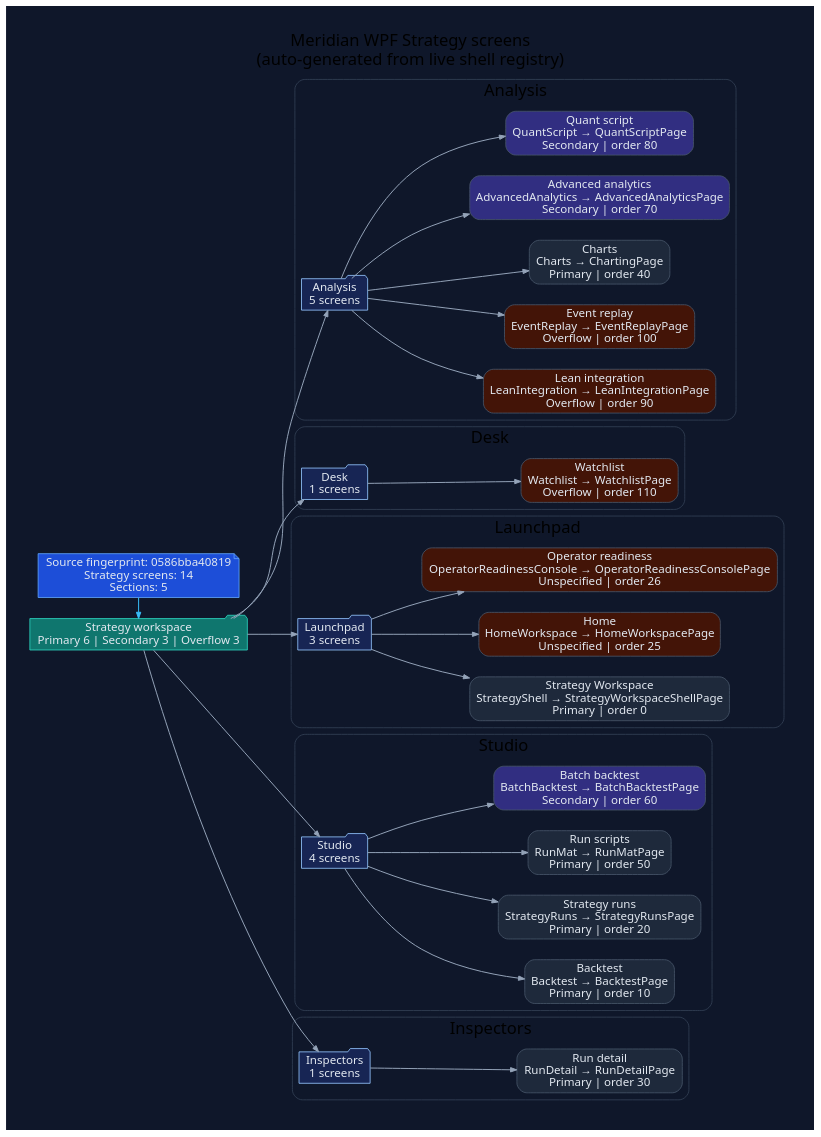
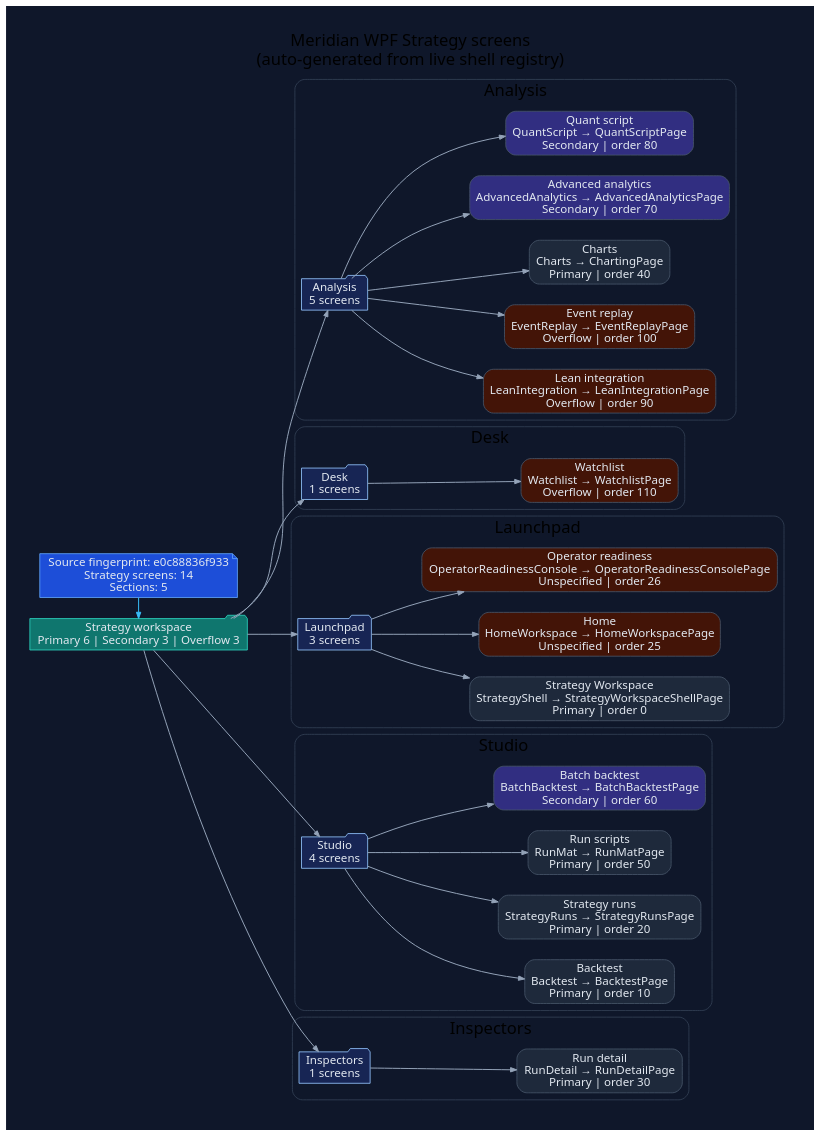
One commit to rodoHasArrived/Meridian-main changed the diagram in docs/diagrams/ui-wpf-screens-strategy.dot. Above: the diagram before and after it, drawn with Graphviz. The commit also changed 21 other files, not shown here.

First line of the commit message:
docs(diagrams): regenerate UI diagrams for the changed WPF source fingerprint

```diff
--- a/docs/diagrams/ui-wpf-screens-strategy.dot
+++ b/docs/diagrams/ui-wpf-screens-strategy.dot
@@ -1,94 +1,94 @@
 // -----------------------------------------------------------------------------
 // <auto-generated>
 // Generated by scripts/generate-diagrams.mjs.
 // Do not edit this file directly; update the WPF source files instead.
 // -----------------------------------------------------------------------------
 digraph WpfStrategyScreens {
   graph [
     rankdir=LR,
     labelloc=t,
     label="Meridian WPF Strategy screens\n(auto-generated from live shell registry)",
     fontname="Segoe UI",
     fontsize=20,
     pad=0.4,
     nodesep=0.35,
     ranksep=0.85,
     bgcolor="#0f172a"
   ];
   node [fontname="Segoe UI", shape=box, style="rounded,filled", color="#475569", fontcolor="#e2e8f0", fillcolor="#1e293b"];
   edge [fontname="Segoe UI", color="#94a3b8", penwidth=1.2, arrowsize=0.75];
 
-  generated [shape=note, fillcolor="#1d4ed8", color="#60a5fa", label="Source fingerprint: 0586bba40819\nStrategy screens: 14\nSections: 5"];
+  generated [shape=note, fillcolor="#1d4ed8", color="#60a5fa", label="Source fingerprint: e0c88836f933\nStrategy screens: 14\nSections: 5"];
   workspace [shape=folder, fillcolor="#0f766e", color="#2dd4bf", label="Strategy workspace\nPrimary 6 | Secondary 3 | Overflow 3"];
   generated -> workspace [color="#38bdf8"];
 
   subgraph cluster_section_1 {
     label="Analysis";
     color="#334155";
     style="rounded";
     section_1 [shape=folder, fillcolor="#172554", color="#93c5fd", label="Analysis\n5 screens"];
     workspace -> section_1;
     screen_LeanIntegration [fillcolor="#431407", label="Lean integration\nLeanIntegration → LeanIntegrationPage\nOverflow | order 90"];
     section_1 -> screen_LeanIntegration;
     screen_EventReplay [fillcolor="#431407", label="Event replay\nEventReplay → EventReplayPage\nOverflow | order 100"];
     section_1 -> screen_EventReplay;
     screen_Charts [fillcolor="#1e293b", label="Charts\nCharts → ChartingPage\nPrimary | order 40"];
     section_1 -> screen_Charts;
     screen_AdvancedAnalytics [fillcolor="#312e81", label="Advanced analytics\nAdvancedAnalytics → AdvancedAnalyticsPage\nSecondary | order 70"];
     section_1 -> screen_AdvancedAnalytics;
     screen_QuantScript [fillcolor="#312e81", label="Quant script\nQuantScript → QuantScriptPage\nSecondary | order 80"];
     section_1 -> screen_QuantScript;
   }
 
   subgraph cluster_section_2 {
     label="Desk";
     color="#334155";
     style="rounded";
     section_2 [shape=folder, fillcolor="#172554", color="#93c5fd", label="Desk\n1 screens"];
     workspace -> section_2;
     screen_Watchlist [fillcolor="#431407", label="Watchlist\nWatchlist → WatchlistPage\nOverflow | order 110"];
     section_2 -> screen_Watchlist;
   }
 
   subgraph cluster_section_3 {
     label="Launchpad";
     color="#334155";
     style="rounded";
     section_3 [shape=folder, fillcolor="#172554", color="#93c5fd", label="Launchpad\n3 screens"];
     workspace -> section_3;
     screen_StrategyShell [fillcolor="#1e293b", label="Strategy Workspace\nStrategyShell → StrategyWorkspaceShellPage\nPrimary | order 0"];
     section_3 -> screen_StrategyShell;
     screen_HomeWorkspace [fillcolor="#431407", label="Home\nHomeWorkspace → HomeWorkspacePage\nUnspecified | order 25"];
     section_3 -> screen_HomeWorkspace;
     screen_OperatorReadinessConsole [fillcolor="#431407", label="Operator readiness\nOperatorReadinessConsole → OperatorReadinessConsolePage\nUnspecified | order 26"];
     section_3 -> screen_OperatorReadinessConsole;
   }
 
   subgraph cluster_section_4 {
     label="Studio";
     color="#334155";
     style="rounded";
     section_4 [shape=folder, fillcolor="#172554", color="#93c5fd", label="Studio\n4 screens"];
     workspace -> section_4;
     screen_Backtest [fillcolor="#1e293b", label="Backtest\nBacktest → BacktestPage\nPrimary | order 10"];
     section_4 -> screen_Backtest;
     screen_StrategyRuns [fillcolor="#1e293b", label="Strategy runs\nStrategyRuns → StrategyRunsPage\nPrimary | order 20"];
     section_4 -> screen_StrategyRuns;
     screen_RunMat [fillcolor="#1e293b", label="Run scripts\nRunMat → RunMatPage\nPrimary | order 50"];
     section_4 -> screen_RunMat;
     screen_BatchBacktest [fillcolor="#312e81", label="Batch backtest\nBatchBacktest → BatchBacktestPage\nSecondary | order 60"];
     section_4 -> screen_BatchBacktest;
   }
 
   subgraph cluster_section_5 {
     label="Inspectors";
     color="#334155";
     style="rounded";
     section_5 [shape=folder, fillcolor="#172554", color="#93c5fd", label="Inspectors\n1 screens"];
     workspace -> section_5;
     screen_RunDetail [fillcolor="#1e293b", label="Run detail\nRunDetail → RunDetailPage\nPrimary | order 30"];
     section_5 -> screen_RunDetail;
   }
 
   { rank=min; generated; workspace; }
 }
```
